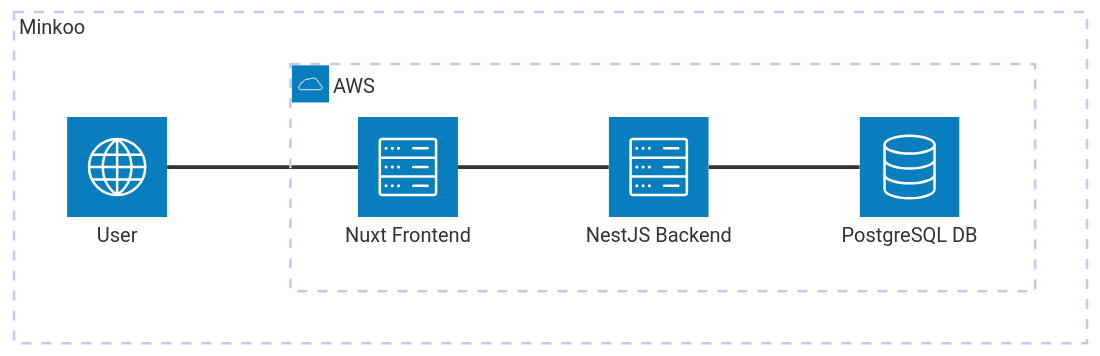
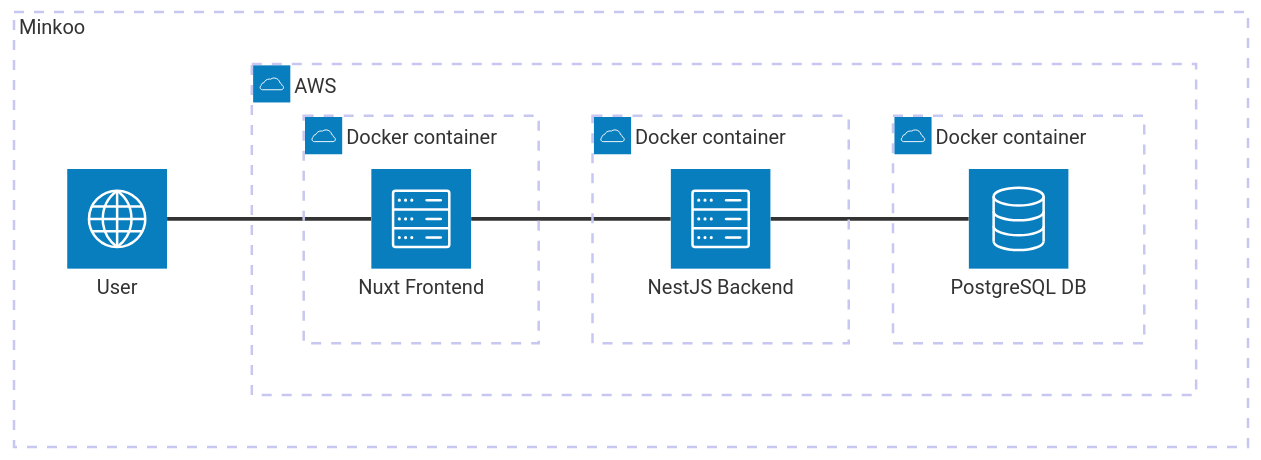
One commit to digivoro/minkoo changed the diagram in README.md. Above: the diagram before and after it, drawn with Mermaid. The commit also changed other lines of this file, not shown here.

````diff
--- a/README.md
+++ b/README.md
@@ -6,16 +5,19 @@
 ```mermaid
 architecture-beta
   group minkoo[Minkoo]
 
   service user(internet)[User] in minkoo
 
   group aws(cloud)[AWS] in minkoo
+  group docker_1(cloud)[Docker container] in aws
+  group docker_2(cloud)[Docker container] in aws
+  group docker_3(cloud)[Docker container] in aws
 
-  service front(server)[Nuxt Frontend] in aws
-  service back(server)[NestJS Backend] in aws
-  service db(database)[PostgreSQL DB] in aws
+  service front(server)[Nuxt Frontend] in docker_1
+  service back(server)[NestJS Backend] in docker_2
+  service db(database)[PostgreSQL DB] in docker_3
 
   front:L -- R:user
   back:L -- R:front
   db:L -- R:back
 ```
````
